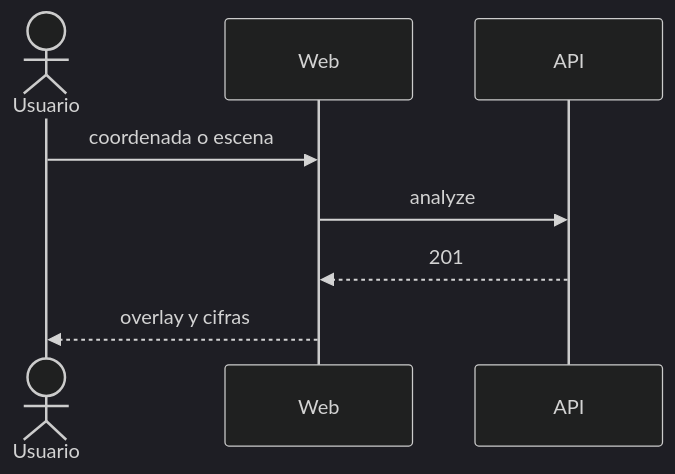
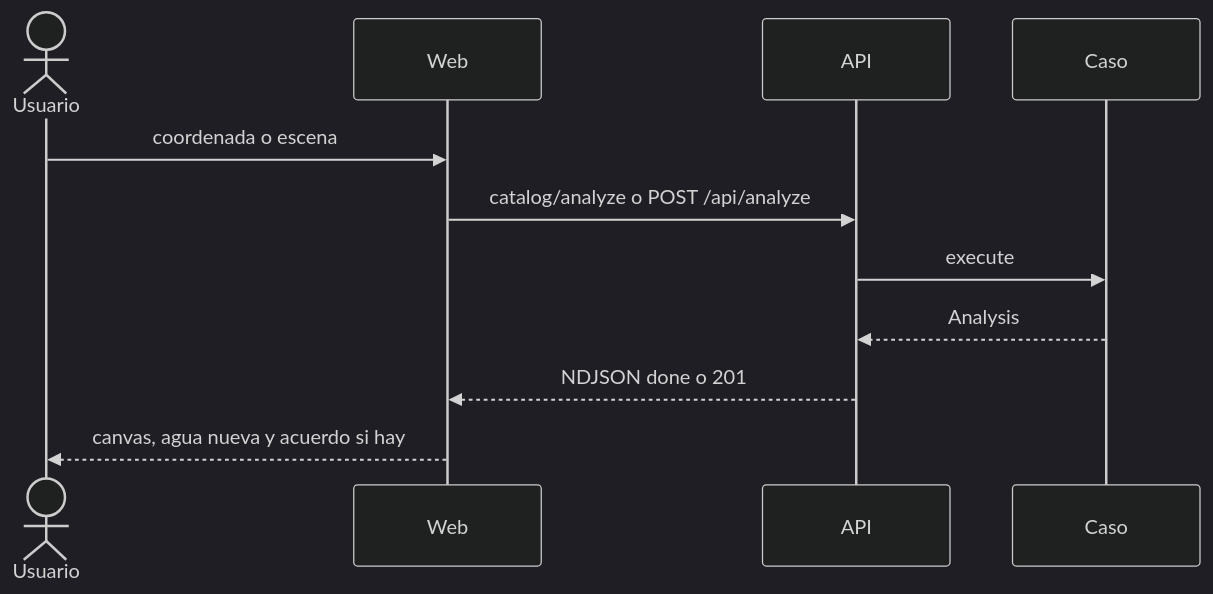
The third of 4 diagrams in docs/SegundoInforme.md (Charlsz/Tune), drawn with Mermaid (dark theme) before and after one commit. The commit also changed other lines of this file and 10 other files, not shown here.

Commit message:
refactor: Update sequence and architecture diagrams for improved clarity and accuracy.

````diff
--- a/docs/SegundoInforme.md
+++ b/docs/SegundoInforme.md
@@ -255,10 +263,13 @@
 ```mermaid
 sequenceDiagram
   actor Usuario
   participant Web
   participant API
+  participant Caso
   Usuario->>Web: coordenada o escena
-  Web->>API: analyze
-  API-->>Web: 201
-  Web-->>Usuario: overlay y cifras
+  Web->>API: catalog/analyze o POST /api/analyze
+  API->>Caso: execute
+  Caso-->>API: Analysis
+  API-->>Web: NDJSON done o 201
+  Web-->>Usuario: canvas, agua nueva y acuerdo si hay
 ```
````
